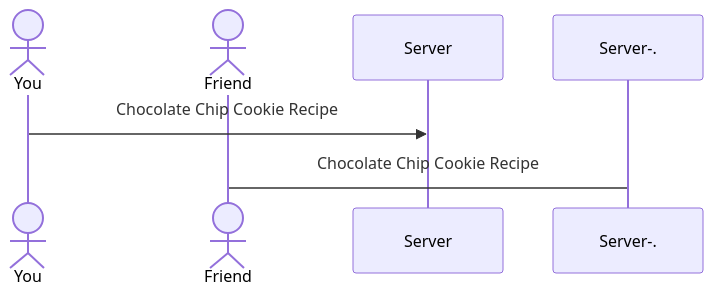
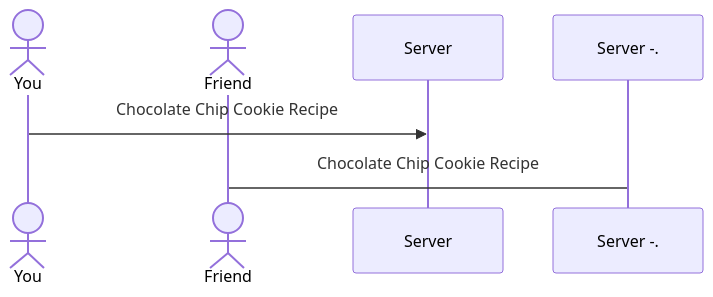
Before and after one commit to qhilton/startup: the diagram in README.md, drawn with Mermaid.

````diff
--- a/README.md
+++ b/README.md
@@ -38,7 +38,7 @@
 ```mermaid
 sequenceDiagram
     actor You
     actor Friend
     You->>Server: Chocolate Chip Cookie Recipe
-    Server-.->Friend: Chocolate Chip Cookie Recipe
+    Server -.->Friend: Chocolate Chip Cookie Recipe
 ```
````
